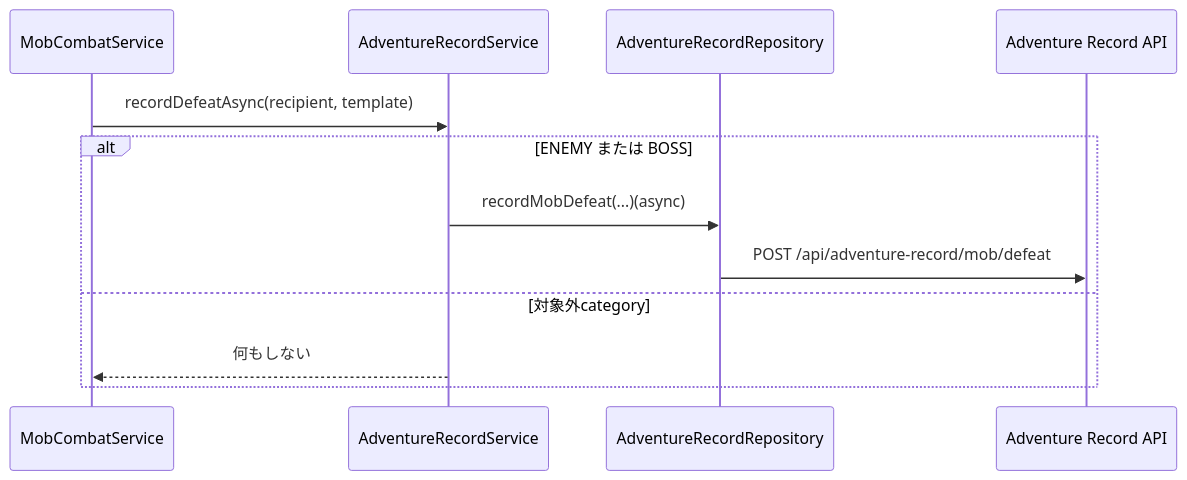
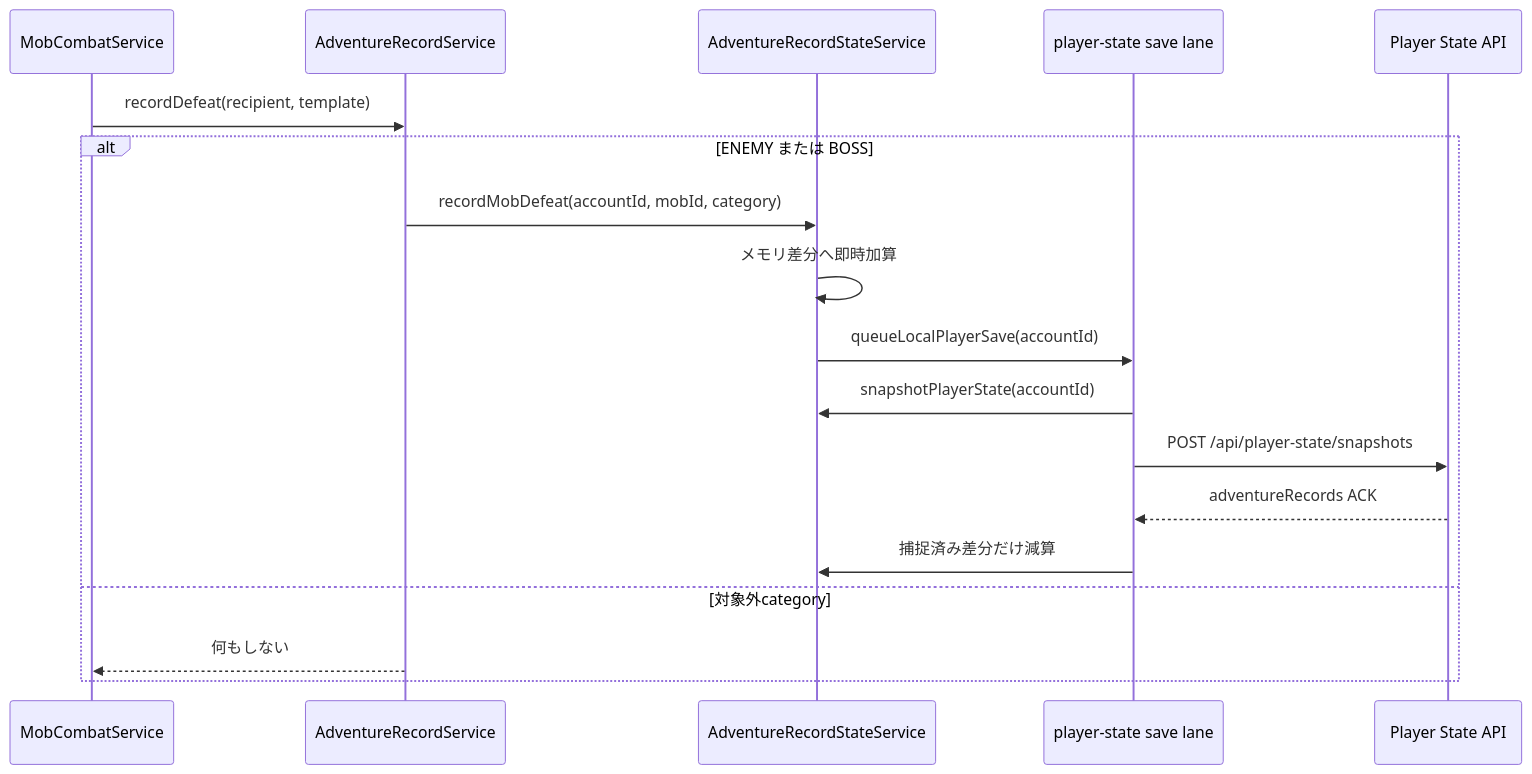
One commit to maaasu/AstralRecord-Workspace changed the first of 5 diagrams in 00_docs/10_Plugin設計書/feature/21-adventurerecord/21_4-統合フロー.md. Above: the diagram before and after it, drawn with Mermaid. The commit also changed other lines of this file and 213 other files, not shown here.

````diff
--- a/00_docs/10_Plugin設計書/feature/21-adventurerecord/21_4-統合フロー.md
+++ b/00_docs/10_Plugin設計書/feature/21-adventurerecord/21_4-統合フロー.md
@@ -7,14 +7,20 @@
 ```mermaid
 sequenceDiagram
     participant Combat as MobCombatService
     participant Record as AdventureRecordService
-    participant Repo as AdventureRecordRepository
-    participant API as Adventure Record API
-    Combat->>Record: recordDefeatAsync(recipient, template)
+    participant State as AdventureRecordStateService
+    participant Lane as player-state save lane
+    participant API as Player State API
+    Combat->>Record: recordDefeat(recipient, template)
     alt ENEMY または BOSS
-        Record->>Repo: recordMobDefeat(...)(async)
-        Repo->>API: POST /api/adventure-record/mob/defeat
+        Record->>State: recordMobDefeat(accountId, mobId, category)
+        State->>State: メモリ差分へ即時加算
+        State->>Lane: queueLocalPlayerSave(accountId)
+        Lane->>State: snapshotPlayerState(accountId)
+        Lane->>API: POST /api/player-state/snapshots
+        API-->>Lane: adventureRecords ACK
+        Lane->>State: 捕捉済み差分だけ減算
     else 対象外category
         Record-->>Combat: 何もしない
     end
 ```
````
